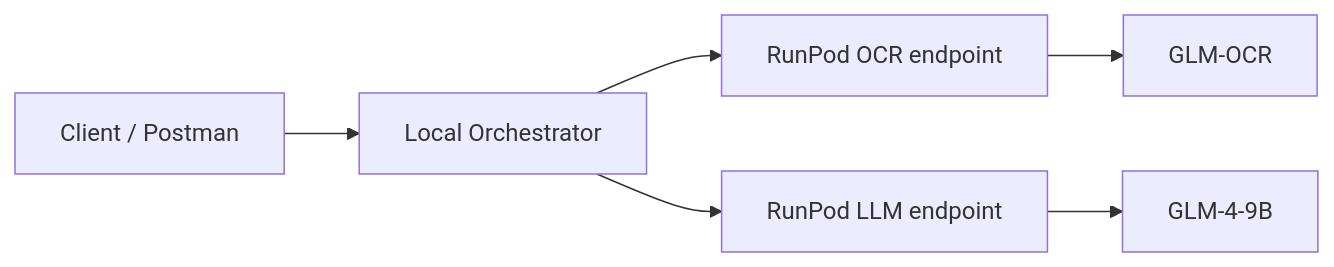
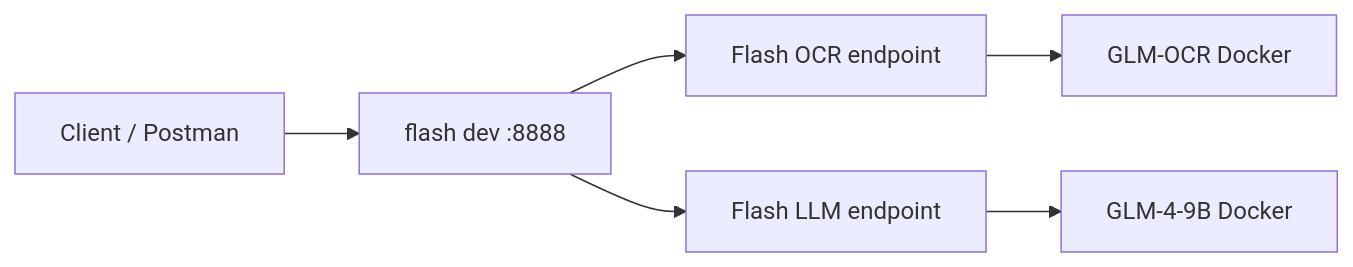
Before and after one commit to YZaicev/glm-ocr-serverless: the second of 2 diagrams in README.md, drawn with Mermaid. The commit also changed other lines of this file and 19 other files, not shown here.

````diff
--- a/README.md
+++ b/README.md
@@ -380,8 +383,8 @@
 ```mermaid
 flowchart LR
-    Client[Client / Postman] --> ORCH[Local Orchestrator]
-    ORCH --> OCR_EP[RunPod OCR endpoint]
-    ORCH --> LLM_EP[RunPod LLM endpoint]
-    OCR_EP --> GLM_OCR[GLM-OCR]
-    LLM_EP --> GLM_LLM[GLM-4-9B]
+    Client[Client / Postman] --> FLASH[flash dev :8888]
+    FLASH --> OCR_EP[Flash OCR endpoint]
+    FLASH --> LLM_EP[Flash LLM endpoint]
+    OCR_EP --> GLM_OCR[GLM-OCR Docker]
+    LLM_EP --> GLM_LLM[GLM-4-9B Docker]
 ```
````
